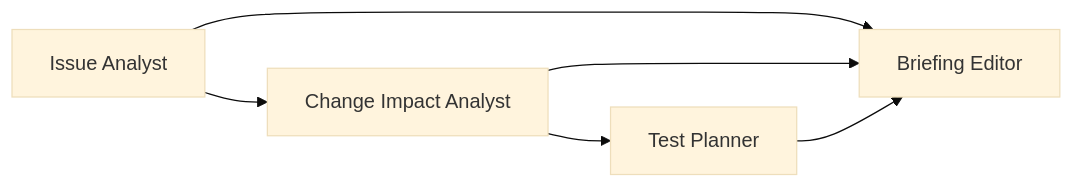
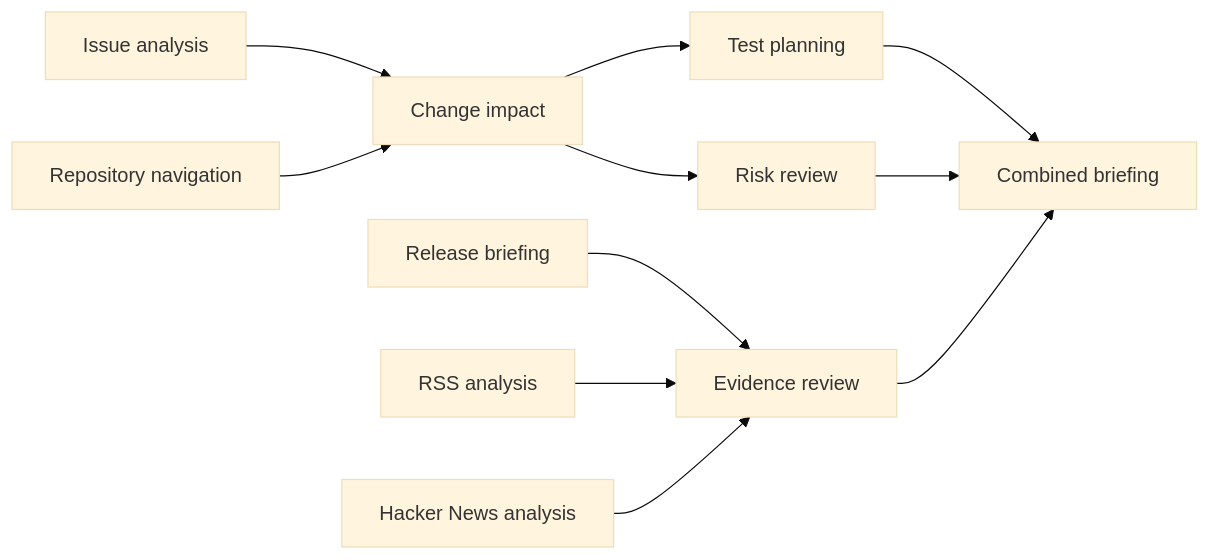
One commit to relentless-pursuit/agentic-message-board changed the diagram in docs/reusable-skills.md. Above: the diagram before and after it, drawn with Mermaid (base theme). The commit also changed other lines of this file and 105 other files, not shown here.

````diff
--- a/docs/reusable-skills.md
+++ b/docs/reusable-skills.md
@@ -28,8 +31,13 @@
 ```mermaid
 flowchart LR
-  Issue[Issue Analyst] --> Impact[Change Impact Analyst]
-  Impact --> Tests[Test Planner]
-  Issue --> Editor[Briefing Editor]
-  Impact --> Editor
-  Tests --> Editor
+  A[Issue analysis] --> C[Change impact]
+  B[Repository navigation] --> C
+  C --> T[Test planning]
+  C --> R[Risk review]
+  RL[Release briefing] --> E[Evidence review]
+  RS[RSS analysis] --> E
+  HN[Hacker News analysis] --> E
+  T --> F[Combined briefing]
+  R --> F
+  E --> F
 ```
````
